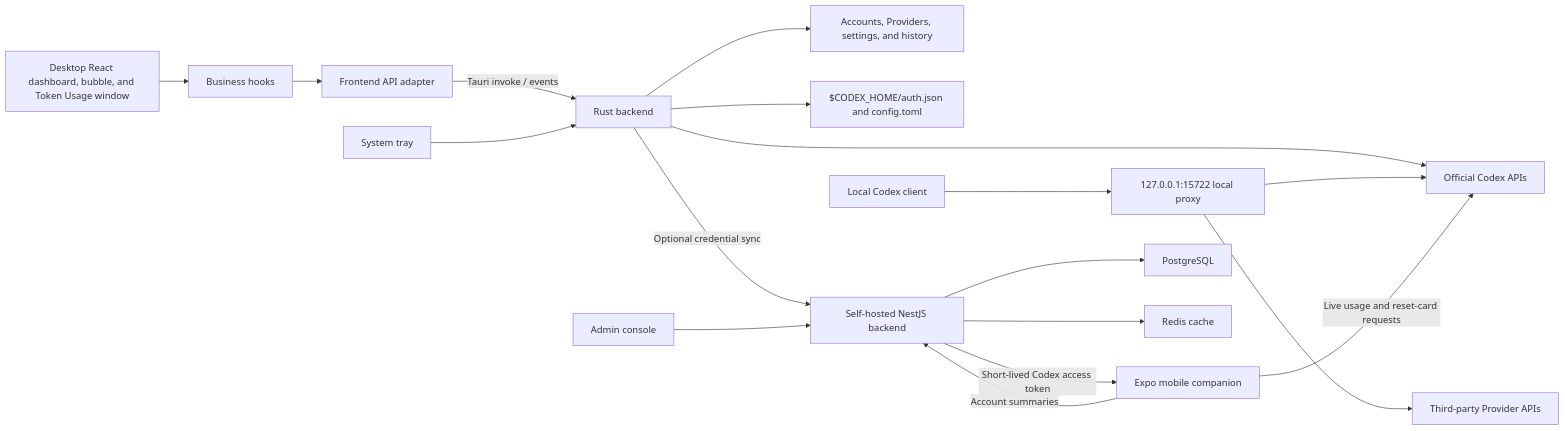
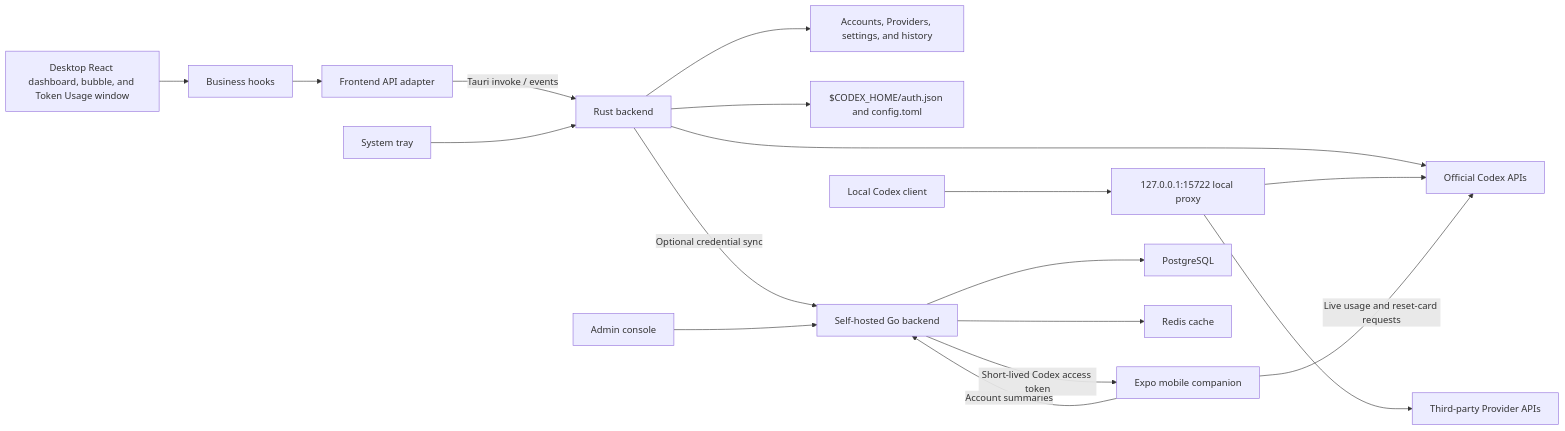
Before and after one commit to Asofwar/remoteai: the diagram in docs/architecture.md, drawn with Mermaid. The commit also changed other lines of this file and 82 other files, not shown here.

````diff
--- a/docs/architecture.md
+++ b/docs/architecture.md
@@ -7,20 +7,20 @@
 ```mermaid
 flowchart LR
     DesktopUI["Desktop React dashboard, bubble, and Token Usage window"] --> Hooks["Business hooks"]
     Hooks --> Adapter["Frontend API adapter"]
     Adapter -->|"Tauri invoke / events"| Rust["Rust backend"]
     Tray["System tray"] --> Rust
     Rust --> LocalStore["Accounts, Providers, settings, and history"]
     Rust --> CodexFiles["$CODEX_HOME/auth.json and config.toml"]
     Rust --> OfficialAPI["Official Codex APIs"]
     Codex["Local Codex client"] --> Loopback["127.0.0.1:15722 local proxy"]
     Loopback --> OfficialAPI
     Loopback --> ProviderAPI["Third-party Provider APIs"]
-    Rust -->|"Optional credential sync"| Cloud["Self-hosted NestJS backend"]
+    Rust -->|"Optional credential sync"| Cloud["Self-hosted Go backend"]
     AdminUI["Admin console"] --> Cloud
     Mobile["Expo mobile companion"] -->|"Account summaries"| Cloud
     Cloud -->|"Short-lived Codex access token"| Mobile
     Mobile -->|"Live usage and reset-card requests"| OfficialAPI
     Cloud --> Postgres["PostgreSQL"]
     Cloud --> Redis["Redis cache"]
 ```
````
